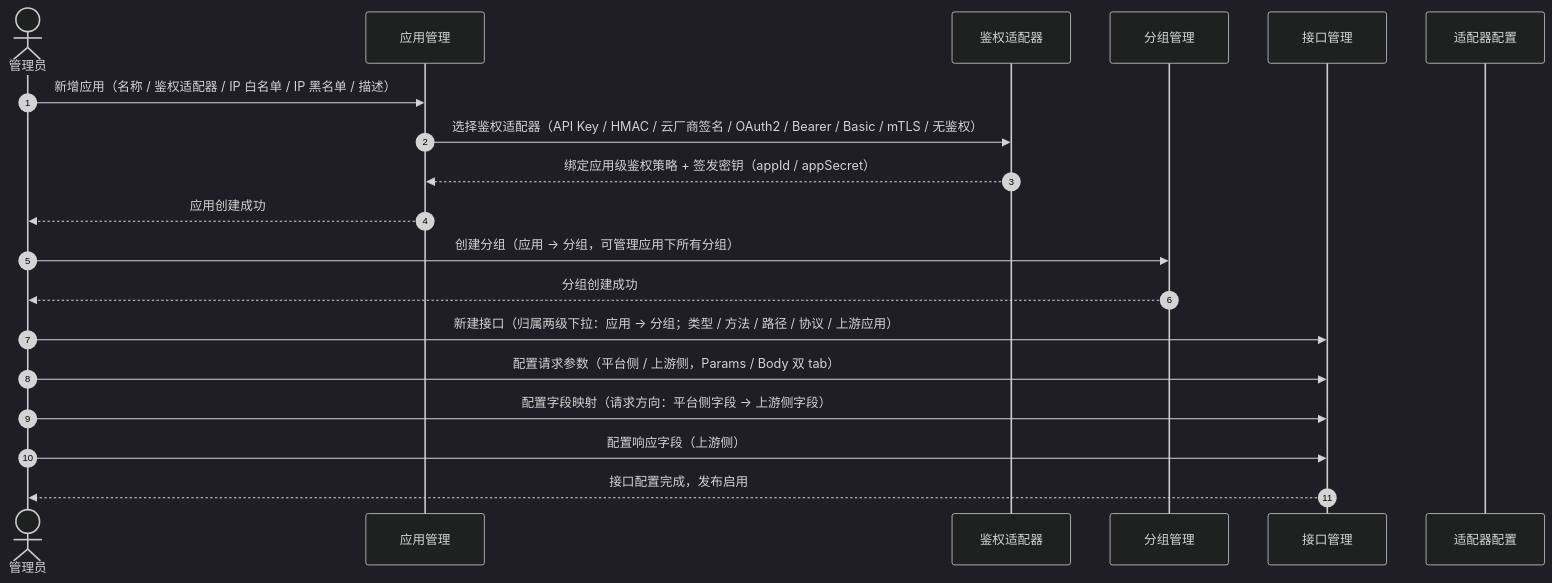
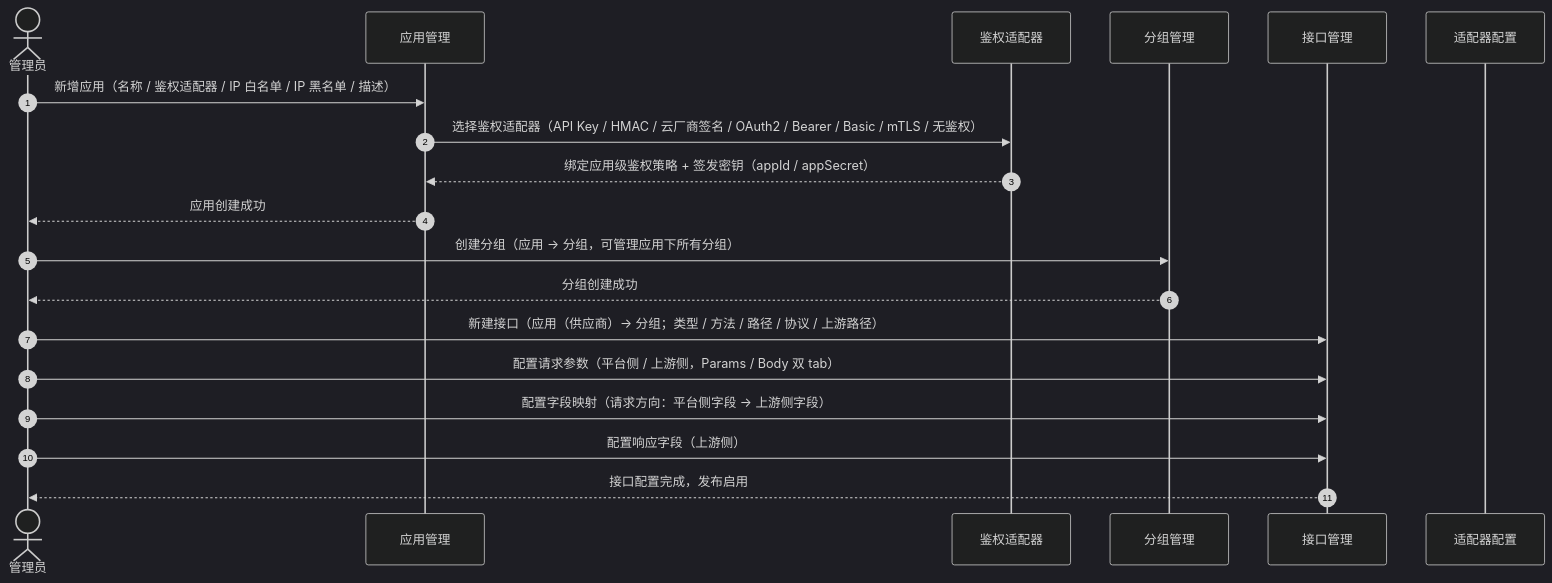
The first of 4 diagrams in src/main/resources/doc/API中心时序图与流程图.md (HelloWorldKing1/apicenter), drawn with Mermaid (dark theme) before and after one commit. The commit also changed other lines of this file and 2 other files, not shown here.

````diff
--- a/src/main/resources/doc/API中心时序图与流程图.md
+++ b/src/main/resources/doc/API中心时序图与流程图.md
@@ -7,22 +7,22 @@
 ```mermaid
 sequenceDiagram
     autonumber
     actor 管理员 as 管理员
     participant App as 应用管理
     participant Auth as 鉴权适配器
     participant Grp as 分组管理
     participant Api as 接口管理
     participant Adp as 适配器配置
 
     管理员->>App: 新增应用（名称 / 鉴权适配器 / IP 白名单 / IP 黑名单 / 描述）
     App->>Auth: 选择鉴权适配器（API Key / HMAC / 云厂商签名 / OAuth2 / Bearer / Basic / mTLS / 无鉴权）
     Auth-->>App: 绑定应用级鉴权策略 + 签发密钥（appId / appSecret）
     App-->>管理员: 应用创建成功
     管理员->>Grp: 创建分组（应用 → 分组，可管理应用下所有分组）
     Grp-->>管理员: 分组创建成功
-    管理员->>Api: 新建接口（归属两级下拉：应用 → 分组；类型 / 方法 / 路径 / 协议 / 上游应用）
+    管理员->>Api: 新建接口（应用（供应商）→ 分组；类型 / 方法 / 路径 / 协议 / 上游路径）
     管理员->>Api: 配置请求参数（平台侧 / 上游侧，Params / Body 双 tab）
     管理员->>Api: 配置字段映射（请求方向：平台侧字段 → 上游侧字段）
     管理员->>Api: 配置响应字段（上游侧）
     Api-->>管理员: 接口配置完成，发布启用
 ```
````
